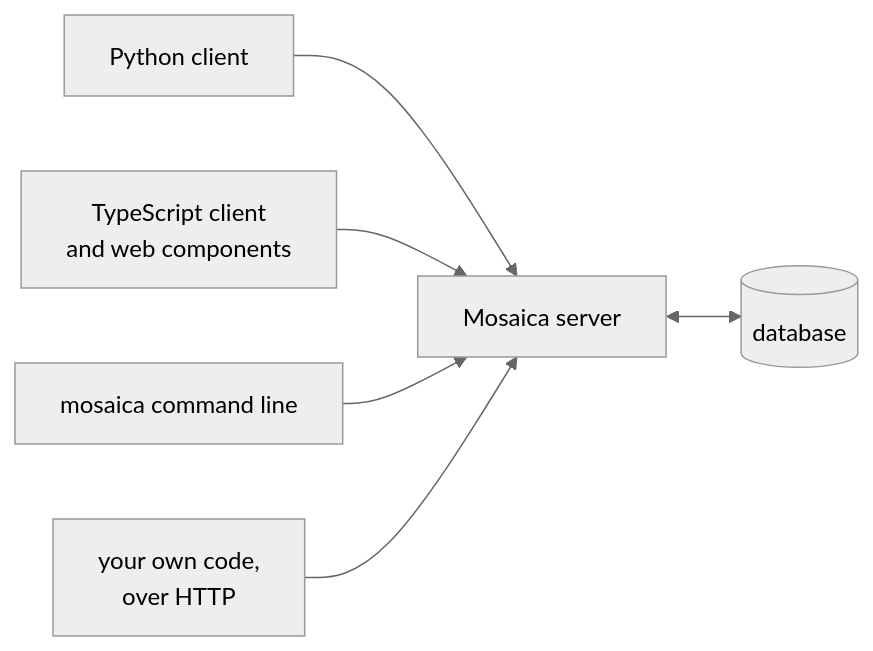
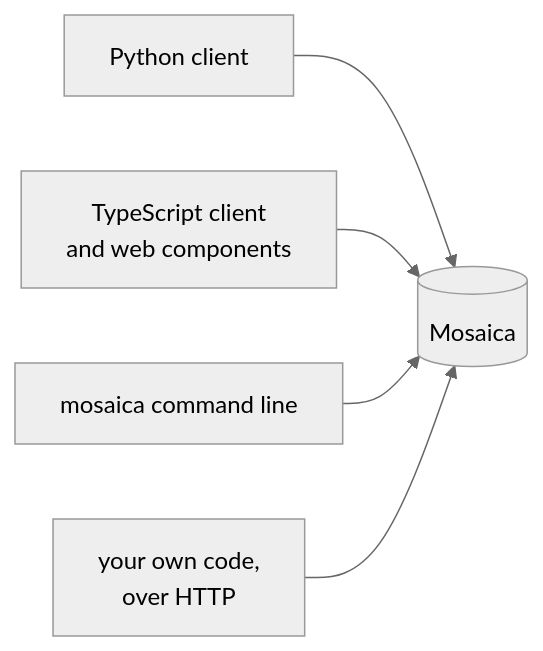
One commit to mosaicadb/mosaica changed the diagram in docs/system/overview.md. Above: the diagram before and after it, drawn with Mermaid (neutral theme). The commit also changed other lines of this file and 1 other file, not shown here.

Commit message:
Overview and install: Mosaica is the database, loaded over the API or the clients, with a build as the fast first load

````diff
--- a/docs/system/overview.md
+++ b/docs/system/overview.md
@@ -11,8 +11,8 @@
 ```mermaid
 flowchart LR
-  py["Python client"] --> server
-  ts["TypeScript client<br/>and web components"] --> server
-  cli["mosaica command line"] --> server
-  http["your own code,<br/>over HTTP"] --> server
-  server["Mosaica server"] <--> db[("database")]
+  py["Python client"] --> db
+  ts["TypeScript client<br/>and web components"] --> db
+  cli["mosaica command line"] --> db
+  http["your own code,<br/>over HTTP"] --> db
+  db[("Mosaica")]
 ```
````
